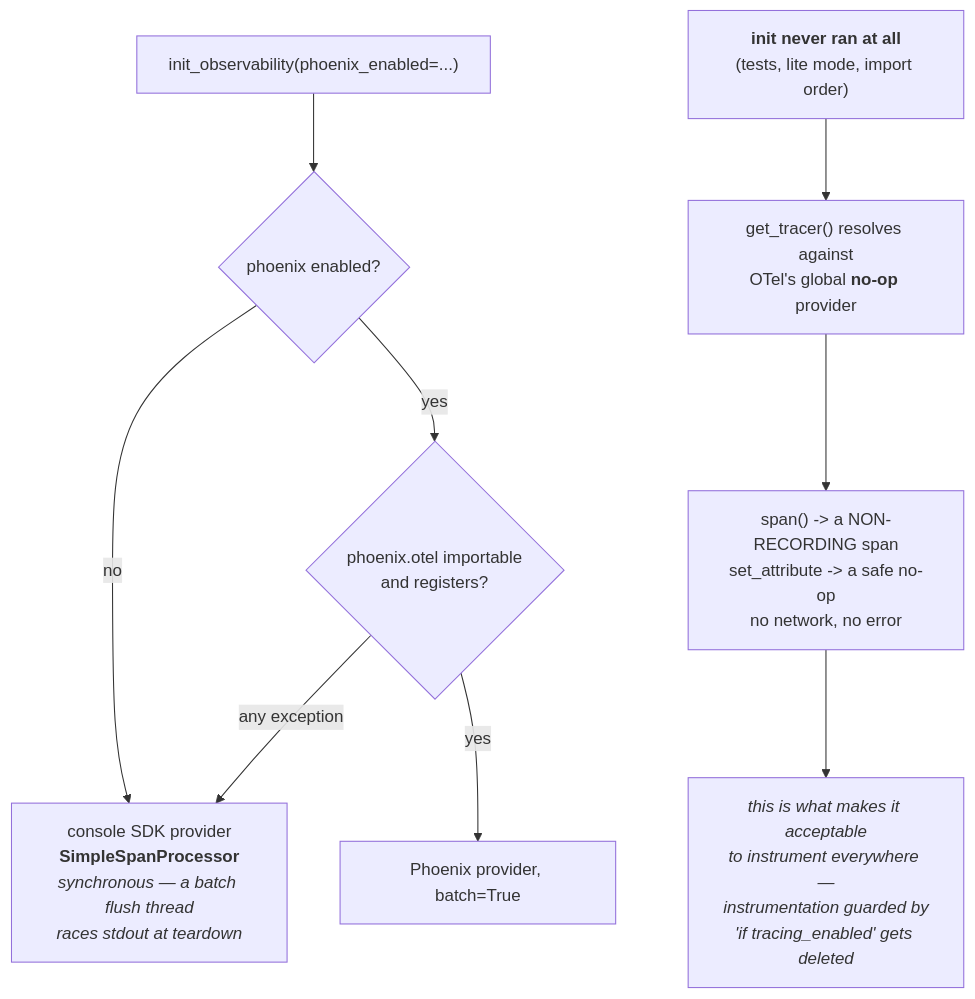
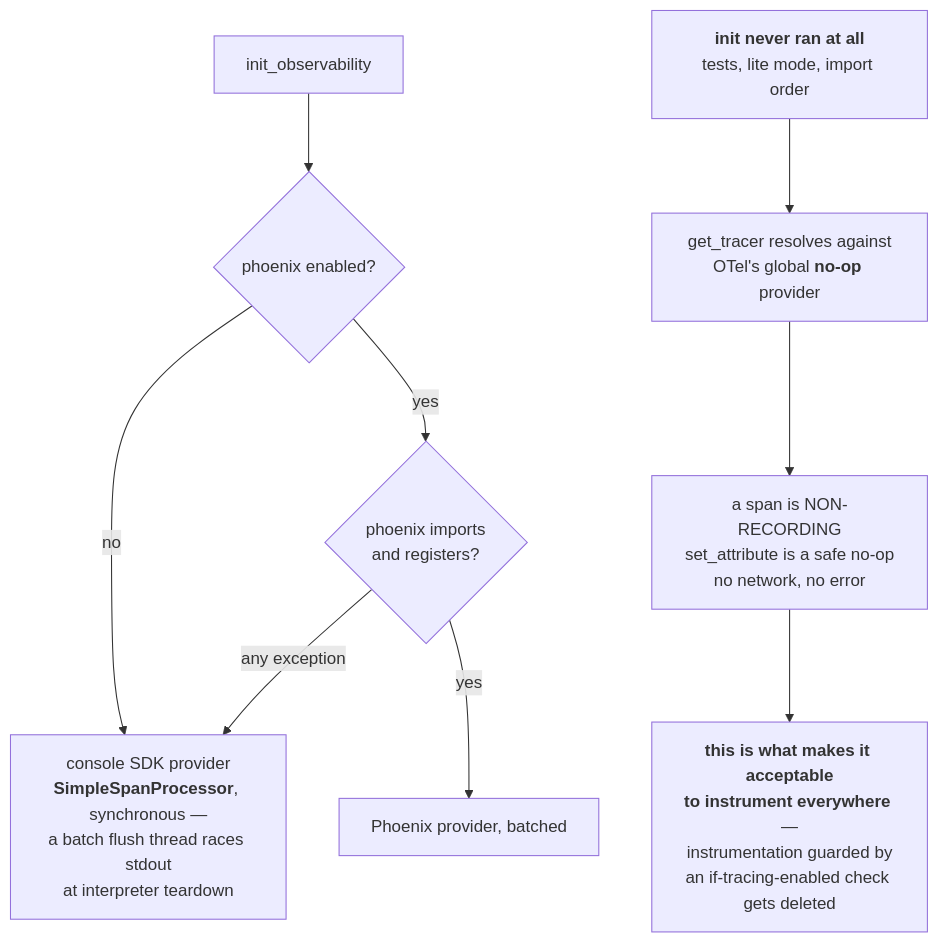
One commit to yrevash/aegis changed the third of 5 diagrams in docs/teaching/observability/40-diagrams.md. Above: the diagram before and after it, drawn with Mermaid. The commit also changed other lines of this file and 111 other files, not shown here.

````diff
--- a/docs/teaching/observability/40-diagrams.md
+++ b/docs/teaching/observability/40-diagrams.md
@@ -109,13 +85,13 @@
 ```mermaid
 flowchart TB
-    I["init_observability(phoenix_enabled=...)"] --> P{"phoenix enabled?"}
-    P -->|no| CON["console SDK provider<br/><b>SimpleSpanProcessor</b><br/><i>synchronous — a batch flush thread<br/>races stdout at teardown</i>"]
-    P -->|yes| TRY{"phoenix.otel importable<br/>and registers?"}
-    TRY -->|yes| PHX["Phoenix provider, batch=True"]
+    I["init_observability"] --> P{"phoenix enabled?"}
+    P -->|no| CON["console SDK provider<br/><b>SimpleSpanProcessor</b>, synchronous —<br/>a batch flush thread races stdout<br/>at interpreter teardown"]
+    P -->|yes| TRY{"phoenix imports<br/>and registers?"}
+    TRY -->|yes| PHX["Phoenix provider, batched"]
     TRY -->|"any exception"| CON
 
-    NEVER["<b>init never ran at all</b><br/>(tests, lite mode, import order)"] --> GLOBAL["get_tracer() resolves against<br/>OTel's global <b>no-op</b> provider"]
-    GLOBAL --> NR["span() -> a NON-RECORDING span<br/>set_attribute -> a safe no-op<br/>no network, no error"]
+    NEVER["<b>init never ran at all</b><br/>tests, lite mode, import order"] --> GLOBAL["get_tracer resolves against<br/>OTel's global <b>no-op</b> provider"]
+    GLOBAL --> NR["a span is NON-RECORDING<br/>set_attribute is a safe no-op<br/>no network, no error"]
 
-    NR --> WHY["<i>this is what makes it acceptable<br/>to instrument everywhere —<br/>instrumentation guarded by<br/>'if tracing_enabled' gets deleted</i>"]
+    NR --> WHY["<b>this is what makes it acceptable<br/>to instrument everywhere</b> —<br/>instrumentation guarded by<br/>an if-tracing-enabled check gets deleted"]
 ```
````
